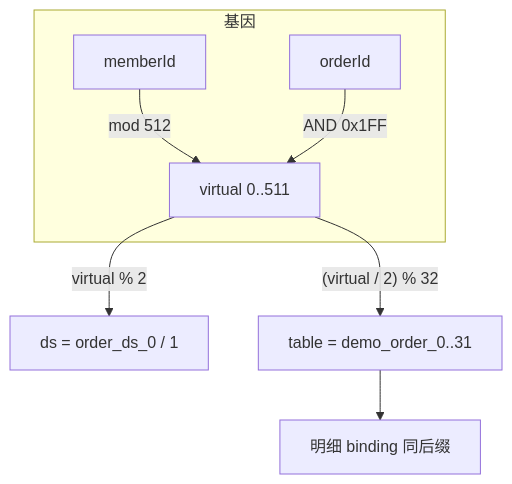
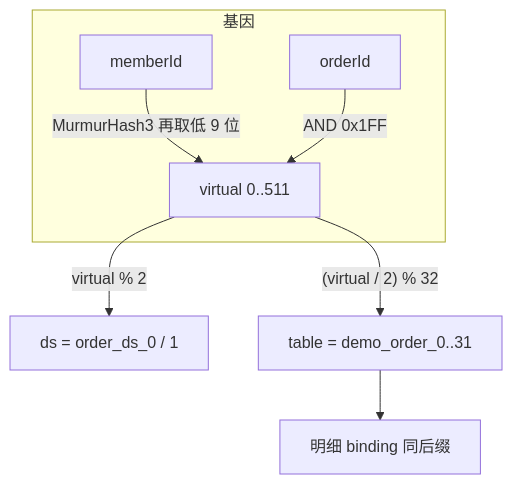
The second of 4 diagrams in demo2/docs/superpowers/specs/2026-08-30-order-sharding-gene-design.md (jasonsoso/spring-ai-demo), drawn with Mermaid before and after one commit. The commit also changed other lines of this file and 19 other files, not shown here.

````diff
--- a/demo2/docs/superpowers/specs/2026-08-30-order-sharding-gene-design.md
+++ b/demo2/docs/superpowers/specs/2026-08-30-order-sharding-gene-design.md
@@ -148,10 +150,10 @@
 ```mermaid
 flowchart TD
   subgraph 基因
-    M[memberId] -->|mod 512| V[virtual 0..511]
+    M[memberId] -->|MurmurHash3 再取低 9 位| V[virtual 0..511]
     O[orderId] -->|AND 0x1FF| V
   end
   V -->|virtual % 2| DS["ds = order_ds_0 / 1"]
   V -->|"(virtual / 2) % 32"| T["table = demo_order_0..31"]
   T --> I["明细 binding 同后缀"]
 ```
````
